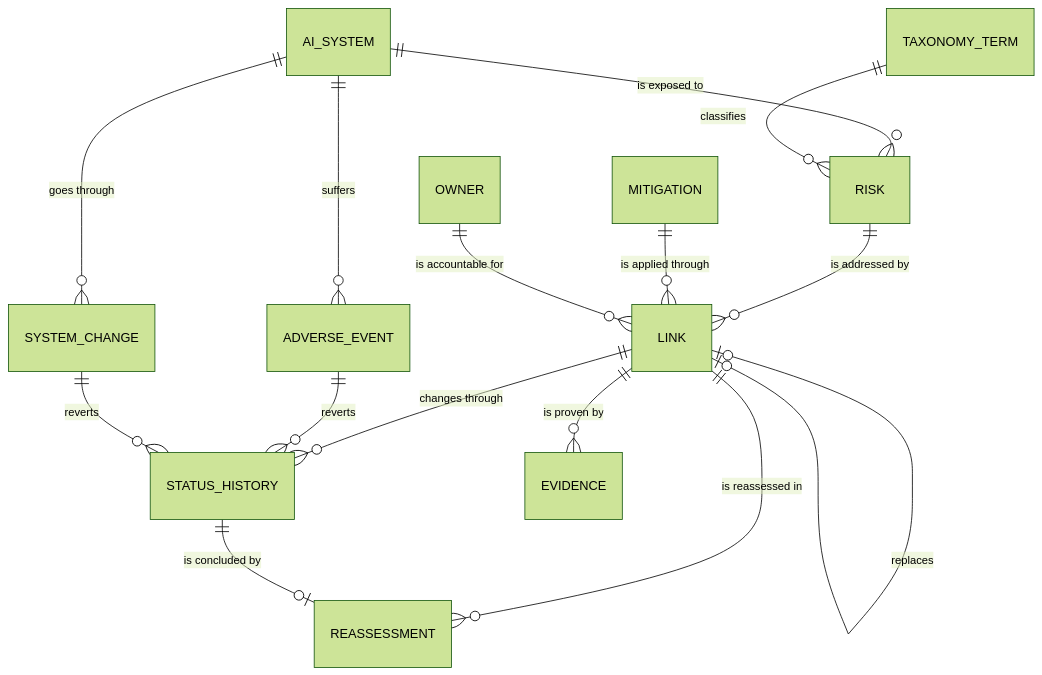
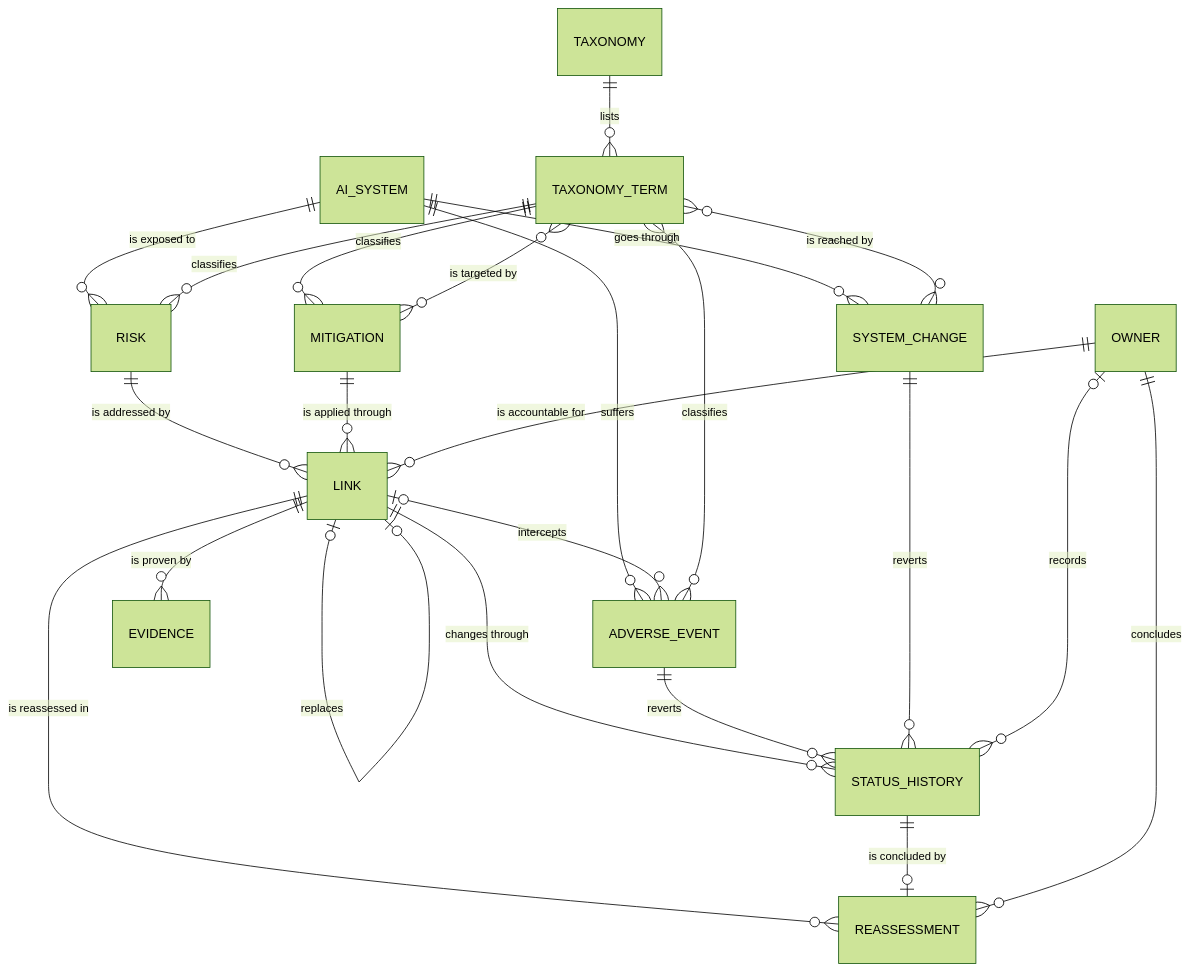
Before and after one commit to rpgouveia/framework-RME: the diagram in README.md, drawn with Mermaid (forest theme). The commit also changed other lines of this file, not shown here.

Commit message:
docs: align README domain model with the models

````diff
--- a/README.md
+++ b/README.md
@@ -15,17 +15,25 @@
 ```mermaid
 erDiagram
-    AI_SYSTEM     ||--o{ RISK           : "is exposed to"
-    AI_SYSTEM     ||--o{ ADVERSE_EVENT  : "suffers"
-    AI_SYSTEM     ||--o{ SYSTEM_CHANGE  : "goes through"
-    RISK          ||--o{ LINK           : "is addressed by"
-    MITIGATION    ||--o{ LINK           : "is applied through"
-    OWNER         ||--o{ LINK           : "is accountable for"
-    LINK          ||--o{ STATUS_HISTORY : "changes through"
-    LINK          ||--o{ EVIDENCE       : "is proven by"
-    LINK          ||--o{ REASSESSMENT   : "is reassessed in"
-    LINK          |o--o| LINK           : "replaces"
-    ADVERSE_EVENT ||--o{ STATUS_HISTORY : "reverts"
-    SYSTEM_CHANGE ||--o{ STATUS_HISTORY : "reverts"
-    STATUS_HISTORY ||--o| REASSESSMENT  : "is concluded by"
-    TAXONOMY_TERM ||--o{ RISK           : "classifies"
+    AI_SYSTEM      ||--o{ RISK           : "is exposed to"
+    AI_SYSTEM      ||--o{ ADVERSE_EVENT  : "suffers"
+    AI_SYSTEM      ||--o{ SYSTEM_CHANGE  : "goes through"
+    RISK           ||--o{ LINK           : "is addressed by"
+    MITIGATION     ||--o{ LINK           : "is applied through"
+    OWNER          ||--o{ LINK           : "is accountable for"
+    LINK           ||--o{ STATUS_HISTORY : "changes through"
+    LINK           ||--o{ EVIDENCE       : "is proven by"
+    LINK           ||--o{ REASSESSMENT   : "is reassessed in"
+    LINK           |o--o| LINK           : "replaces"
+    LINK           |o--o{ ADVERSE_EVENT  : "intercepts"
+    ADVERSE_EVENT  ||--o{ STATUS_HISTORY : "reverts"
+    SYSTEM_CHANGE  ||--o{ STATUS_HISTORY : "reverts"
+    STATUS_HISTORY ||--o| REASSESSMENT   : "is concluded by"
+    OWNER          |o--o{ STATUS_HISTORY : "records"
+    OWNER          ||--o{ REASSESSMENT   : "concludes"
+    TAXONOMY       ||--o{ TAXONOMY_TERM  : "lists"
+    TAXONOMY_TERM  ||--o{ RISK           : "classifies"
+    TAXONOMY_TERM  ||--o{ MITIGATION     : "classifies"
+    TAXONOMY_TERM  }o--o{ MITIGATION     : "is targeted by"
+    TAXONOMY_TERM  }o--o{ ADVERSE_EVENT  : "classifies"
+    TAXONOMY_TERM  }o--o{ SYSTEM_CHANGE  : "is reached by"
 ```
````
